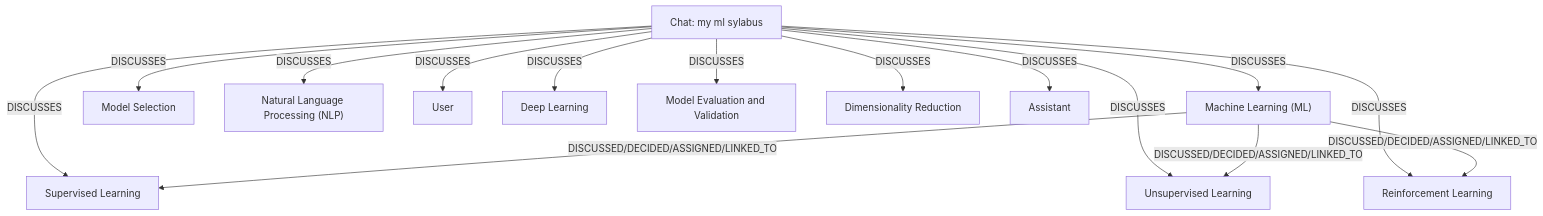
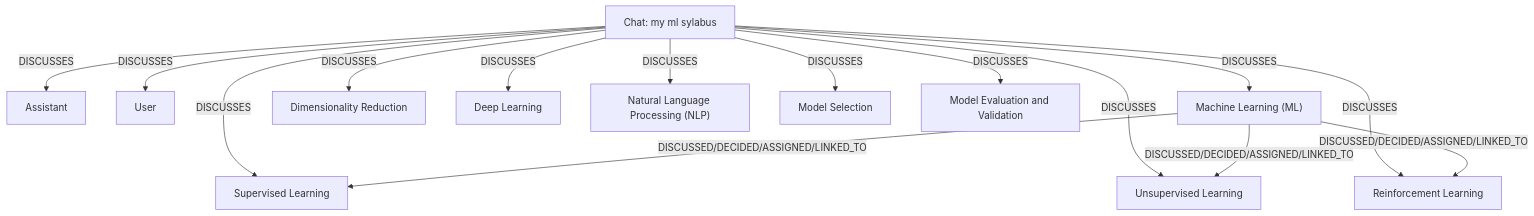
The diagram in AI_OS/Ontology/Ontology_Machine_Learning.md (ankit-sengupta05/cyborg), drawn with Mermaid before and after one commit. The commit also changed other lines of this file and 13 other files, not shown here.

````diff
--- a/AI_OS/Ontology/Ontology_Machine_Learning.md
+++ b/AI_OS/Ontology/Ontology_Machine_Learning.md
@@ -26,29 +26,29 @@
 ```mermaid
 graph TD
-    n0["Machine Learning (ML)"]
-    n1["Model Selection"]
-    n2["Natural Language Processing (NLP)"]
-    n3["User"]
+    n0["Assistant"]
+    n1["User"]
+    n2["Machine Learning (ML)"]
+    n3["Reinforcement Learning"]
     n4["Supervised Learning"]
-    n5["Unsupervised Learning"]
+    n5["Dimensionality Reduction"]
     n6["Deep Learning"]
-    n7["Chat: my ml sylabus"]
-    n8["Reinforcement Learning"]
-    n9["Model Evaluation and Validation"]
-    n10["Dimensionality Reduction"]
-    n11["Assistant"]
-    n7 -->|DISCUSSES| n0
-    n7 -->|DISCUSSES| n4
-    n7 -->|DISCUSSES| n5
-    n7 -->|DISCUSSES| n8
-    n7 -->|DISCUSSES| n10
-    n7 -->|DISCUSSES| n9
-    n7 -->|DISCUSSES| n1
-    n7 -->|DISCUSSES| n6
-    n7 -->|DISCUSSES| n2
-    n0 -->|DISCUSSED/DECIDED/ASSIGNED/LINKED_TO| n4
-    n0 -->|DISCUSSED/DECIDED/ASSIGNED/LINKED_TO| n5
-    n0 -->|DISCUSSED/DECIDED/ASSIGNED/LINKED_TO| n8
-    n7 -->|DISCUSSES| n3
-    n7 -->|DISCUSSES| n11
+    n7["Natural Language Processing (NLP)"]
+    n8["Unsupervised Learning"]
+    n9["Model Selection"]
+    n10["Chat: my ml sylabus"]
+    n11["Model Evaluation and Validation"]
+    n10 -->|DISCUSSES| n2
+    n10 -->|DISCUSSES| n4
+    n10 -->|DISCUSSES| n8
+    n10 -->|DISCUSSES| n3
+    n10 -->|DISCUSSES| n5
+    n10 -->|DISCUSSES| n11
+    n10 -->|DISCUSSES| n9
+    n10 -->|DISCUSSES| n6
+    n10 -->|DISCUSSES| n7
+    n2 -->|DISCUSSED/DECIDED/ASSIGNED/LINKED_TO| n4
+    n2 -->|DISCUSSED/DECIDED/ASSIGNED/LINKED_TO| n8
+    n2 -->|DISCUSSED/DECIDED/ASSIGNED/LINKED_TO| n3
+    n10 -->|DISCUSSES| n1
+    n10 -->|DISCUSSES| n0
 ```
````
